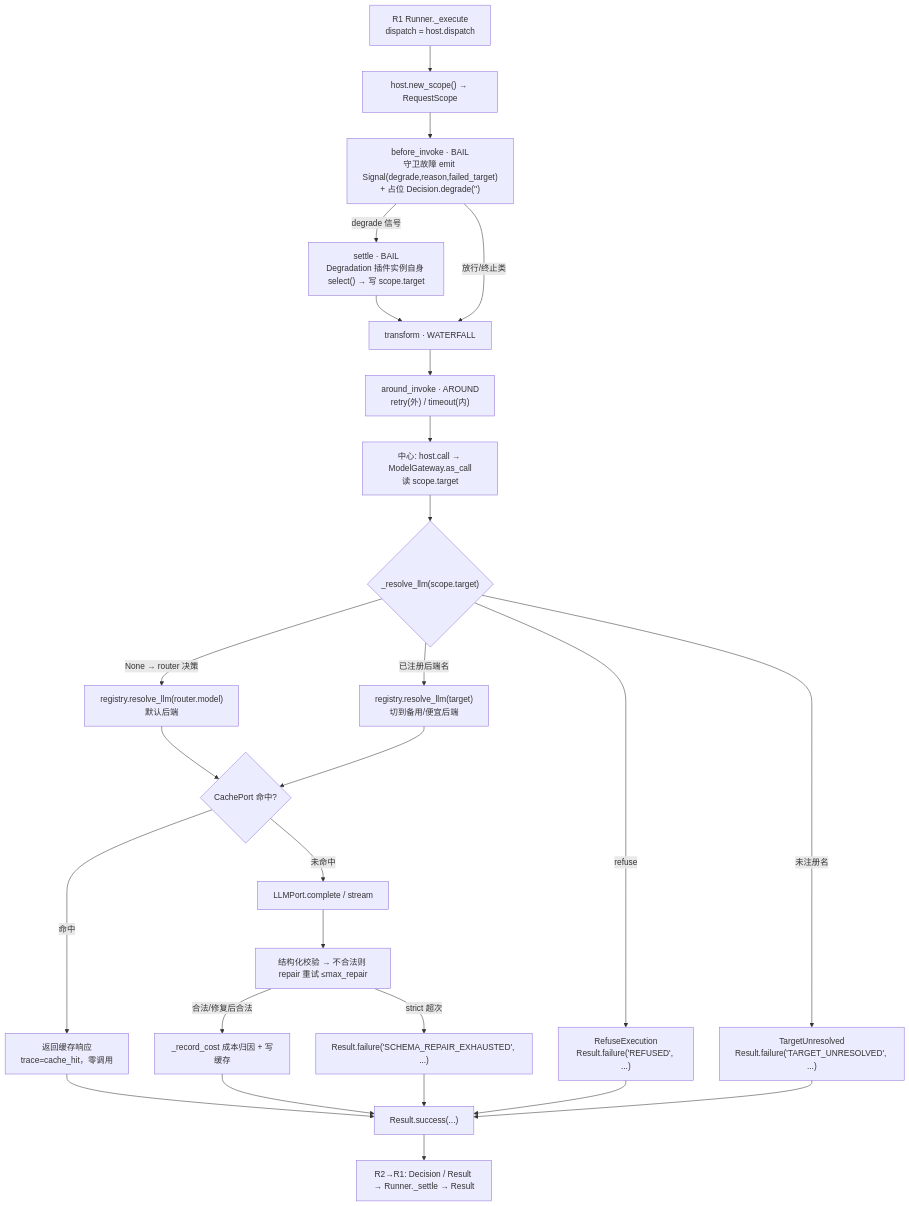
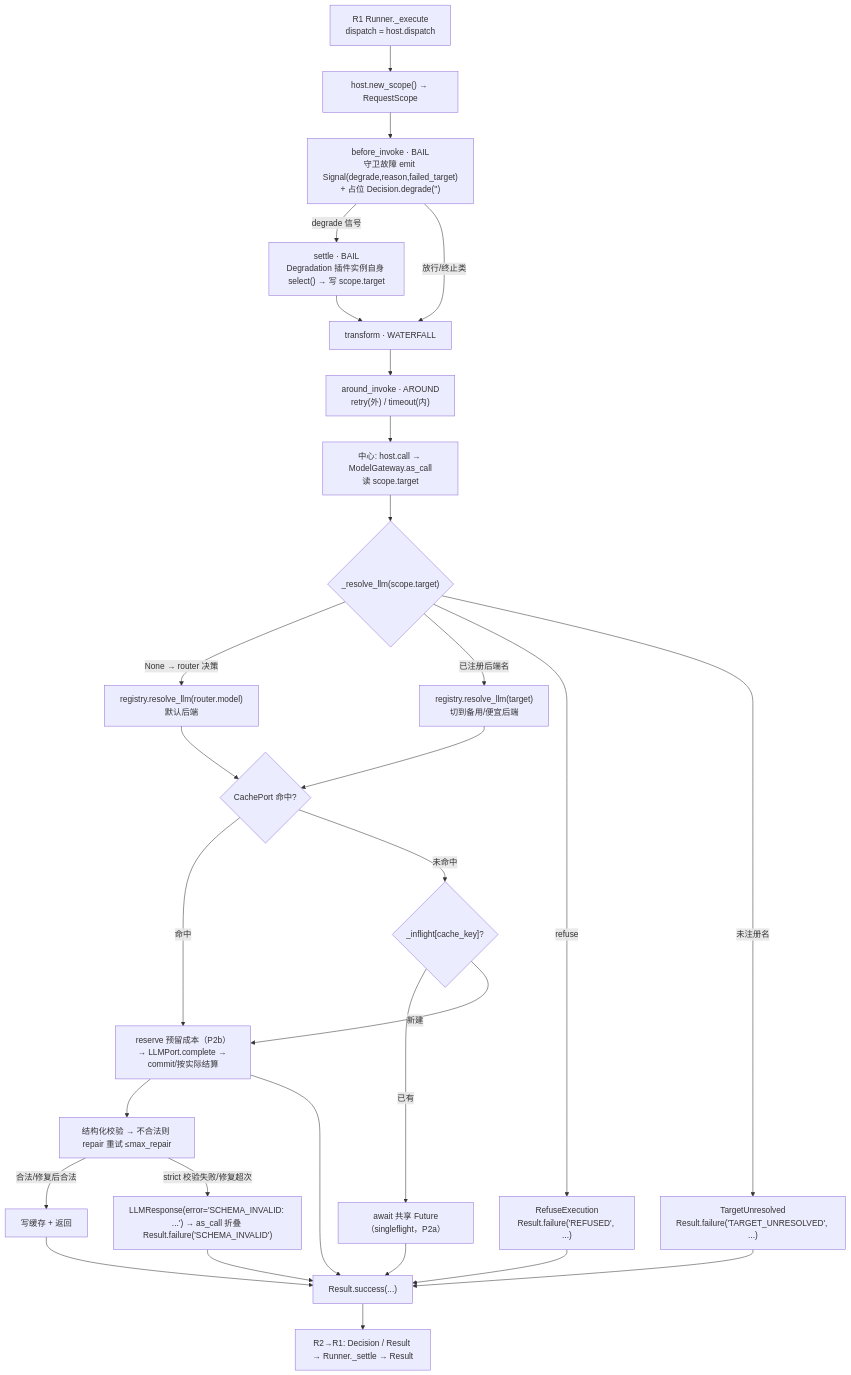
Before and after one commit to sao-lang/lll: the diagram in docs/02-模块详设/Agent/R4-模型与推理.md, drawn with Mermaid. The commit also changed other lines of this file and 4 other files, not shown here.

````diff
--- a/docs/02-模块详设/Agent/R4-模型与推理.md
+++ b/docs/02-模块详设/Agent/R4-模型与推理.md
@@ -91,28 +92,31 @@
 ```mermaid
 flowchart TD
     A["R1 Runner._execute<br/>dispatch = host.dispatch"] --> B["host.new_scope() → RequestScope"]
     B --> C["before_invoke · BAIL<br/>守卫故障 emit Signal(degrade,reason,failed_target)<br/>+ 占位 Decision.degrade('')"]
     C -->|degrade 信号| S["settle · BAIL<br/>Degradation 插件实例自身 select() → 写 scope.target"]
     C -->|放行/终止类| D["transform · WATERFALL"]
     S --> D
     D --> E["around_invoke · AROUND<br/>retry(外) / timeout(内)"]
     E --> F["中心: host.call → ModelGateway.as_call<br/>读 scope.target"]
     F --> G{"_resolve_llm(scope.target)"}
     G -->|"None → router 决策"| H["registry.resolve_llm(router.model)<br/>默认后端"]
     G -->|"已注册后端名"| I["registry.resolve_llm(target)<br/>切到备用/便宜后端"]
     G -->|"refuse"| J["RefuseExecution<br/>Result.failure('REFUSED', ...)"]
     G -->|"未注册名"| K["TargetUnresolved<br/>Result.failure('TARGET_UNRESOLVED', ...)"]
     H --> L{"CachePort 命中?"}
     I --> L
     L -->|命中| M["返回缓存响应<br/>trace=cache_hit，零调用"]
-    L -->|未命中| N["LLMPort.complete / stream"]
-    N --> O["结构化校验 → 不合法则 repair 重试 ≤max_repair"]
-    O -->|合法/修复后合法| P["_record_cost 成本归因 + 写缓存"]
-    O -->|"strict 超次"| Q["Result.failure('SCHEMA_REPAIR_EXHAUSTED', ...)"]
+    L -->|未命中| SF{"_inflight[cache_key]?"}
+    SF -->|已有| WAIT["await 共享 Future（singleflight，P2a）"]
+    SF -->|新建| M["reserve 预留成本（P2b）→ LLMPort.complete → commit/按实际结算"]
+    M --> O["结构化校验 → 不合法则 repair 重试 ≤max_repair"]
+    WAIT --> R["返回同一响应（不重复记账）"]
+    O -->|合法/修复后合法| P["写缓存 + 返回"]
+    O -->|"strict 校验失败/修复超次"| Q["LLMResponse(error='SCHEMA_INVALID: ...') → as_call 折叠 Result.failure('SCHEMA_INVALID')"]
     M --> R["Result.success(...)"]
     P --> R
     J --> R
     K --> R
     Q --> R
     R --> Z["R2→R1: Decision / Result → Runner._settle → Result"]
 ```
````
